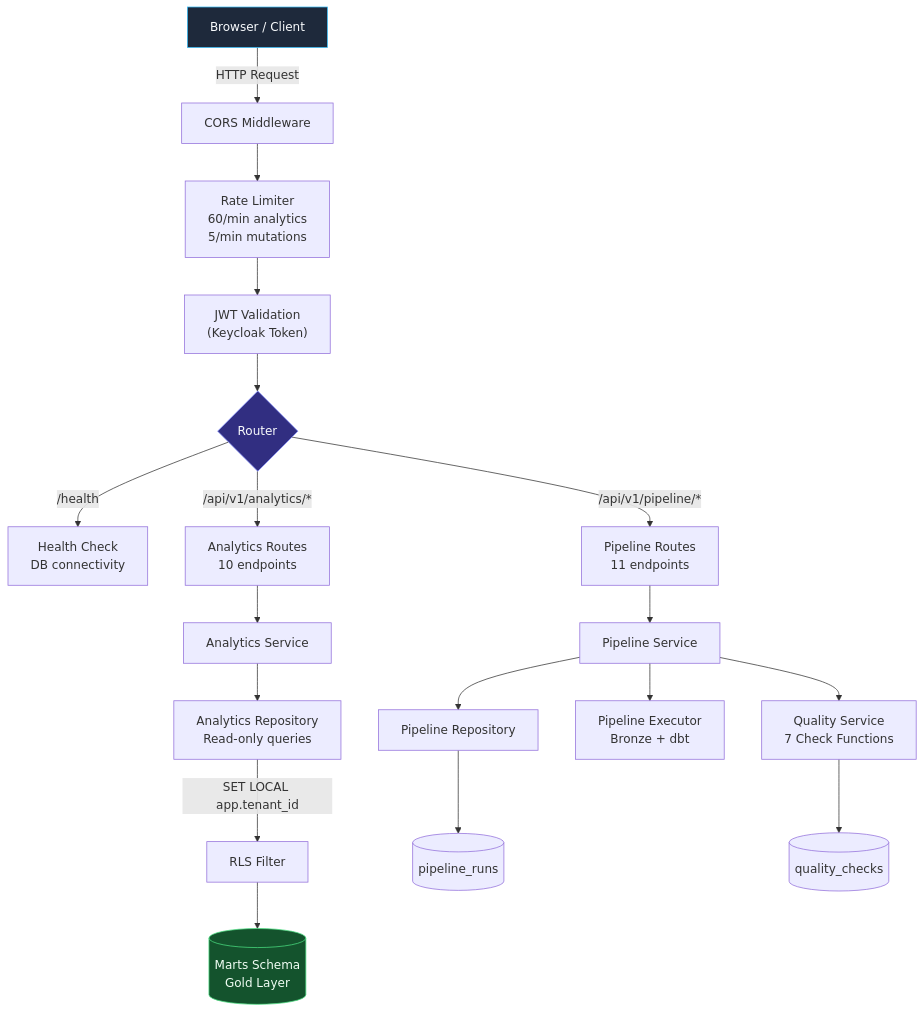
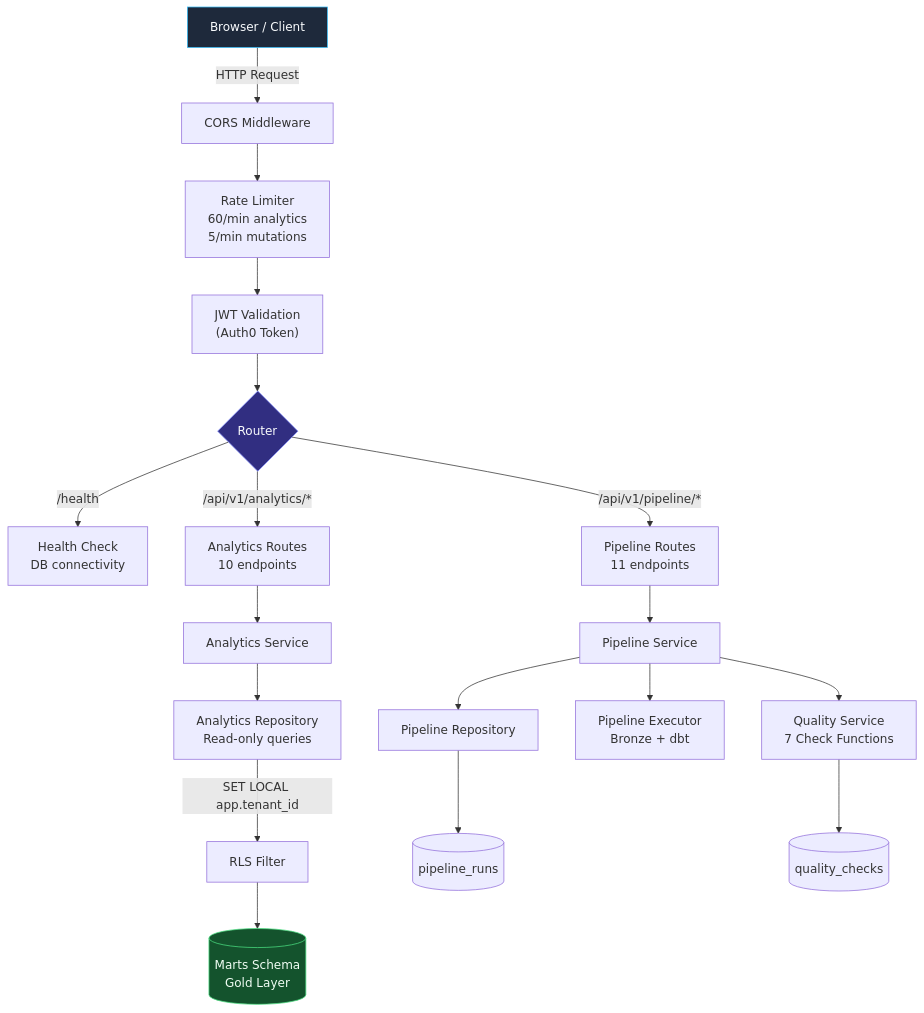
One commit to ahmed-shaaban-94/SAAS changed the third of 7 diagrams in docs/reports/architecture-flowchart.md. Above: the diagram before and after it, drawn with Mermaid. The commit also changed other lines of this file and 20 other files, not shown here.

Commit message:
chore: replace all Keycloak references with Auth0 across docs and source files

````diff
--- a/docs/reports/architecture-flowchart.md
+++ b/docs/reports/architecture-flowchart.md
@@ -121,27 +121,27 @@
 ```mermaid
 flowchart TD
     CLIENT["Browser / Client"] -->|"HTTP Request"| CORS["CORS Middleware"]
     CORS --> RATE["Rate Limiter<br/>60/min analytics<br/>5/min mutations"]
-    RATE --> JWT["JWT Validation<br/>(Keycloak Token)"]
+    RATE --> JWT["JWT Validation<br/>(Auth0 Token)"]
     JWT --> ROUTER{"Router"}
 
     ROUTER -->|"/health"| HEALTH["Health Check<br/>DB connectivity"]
     ROUTER -->|"/api/v1/analytics/*"| ANALYTICS["Analytics Routes<br/>10 endpoints"]
     ROUTER -->|"/api/v1/pipeline/*"| PIPELINE["Pipeline Routes<br/>11 endpoints"]
 
     ANALYTICS --> ANALYTICS_SVC["Analytics Service"]
     ANALYTICS_SVC --> ANALYTICS_REPO["Analytics Repository<br/>Read-only queries"]
     ANALYTICS_REPO -->|"SET LOCAL app.tenant_id"| RLS["RLS Filter"]
     RLS --> MARTS_DB[("Marts Schema<br/>Gold Layer")]
 
     PIPELINE --> PIPELINE_SVC["Pipeline Service"]
     PIPELINE_SVC --> PIPELINE_REPO["Pipeline Repository"]
     PIPELINE_SVC --> EXECUTOR["Pipeline Executor<br/>Bronze + dbt"]
     PIPELINE_SVC --> QUALITY["Quality Service<br/>7 Check Functions"]
     PIPELINE_REPO --> PIPELINE_DB[("pipeline_runs")]
     QUALITY --> QUALITY_DB[("quality_checks")]
 
     style CLIENT fill:#1e293b,stroke:#38bdf8,color:#f8fafc
     style ROUTER fill:#312e81,stroke:#818cf8,color:#f8fafc
     style MARTS_DB fill:#14532d,stroke:#4ade80,color:#f0fdf4
 ```
````
